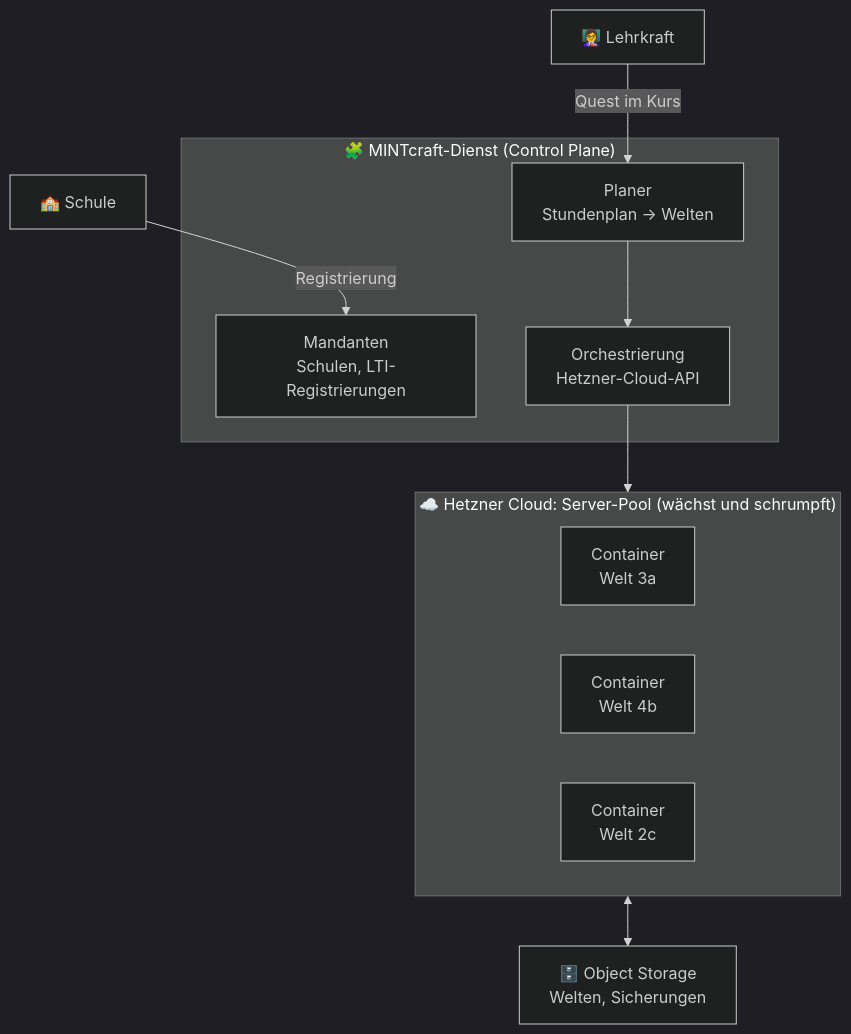
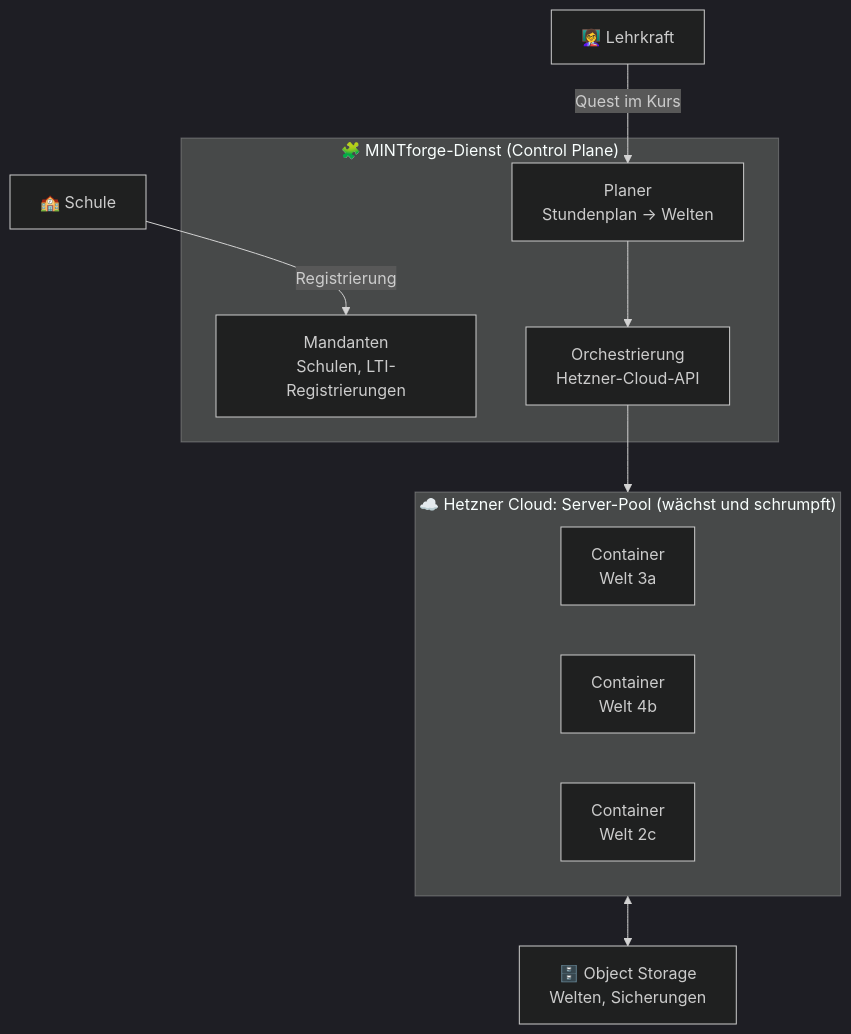
One commit to apachler/MINTforge changed the fourth of 6 diagrams in docs/konzept.md. Above: the diagram before and after it, drawn with Mermaid (dark theme). The commit also changed other lines of this file and 4 other files, not shown here.

````diff
--- a/docs/konzept.md
+++ b/docs/konzept.md
@@ -311,18 +321,18 @@
 ```mermaid
 flowchart TB
-    subgraph CP["🧩 MINTcraft-Dienst (Control Plane)"]
+    subgraph CP["🧩 MINTforge-Dienst (Control Plane)"]
         R["Mandanten<br/>Schulen, LTI-Registrierungen"]
         PL["Planer<br/>Stundenplan → Welten"]
         O["Orchestrierung<br/>Hetzner-Cloud-API"]
     end
     SA["🏫 Schule"] -- "Registrierung" --> R
     LK["👩‍🏫 Lehrkraft"] -- "Quest im Kurs" --> PL
     PL --> O
     O --> POOL
     subgraph POOL["☁️ Hetzner Cloud: Server-Pool (wächst und schrumpft)"]
         C1["Container<br/>Welt 3a"]
         C2["Container<br/>Welt 4b"]
         C3["Container<br/>Welt 2c"]
     end
     POOL <--> OS["🗄️ Object Storage<br/>Welten, Sicherungen"]
 ```
````
